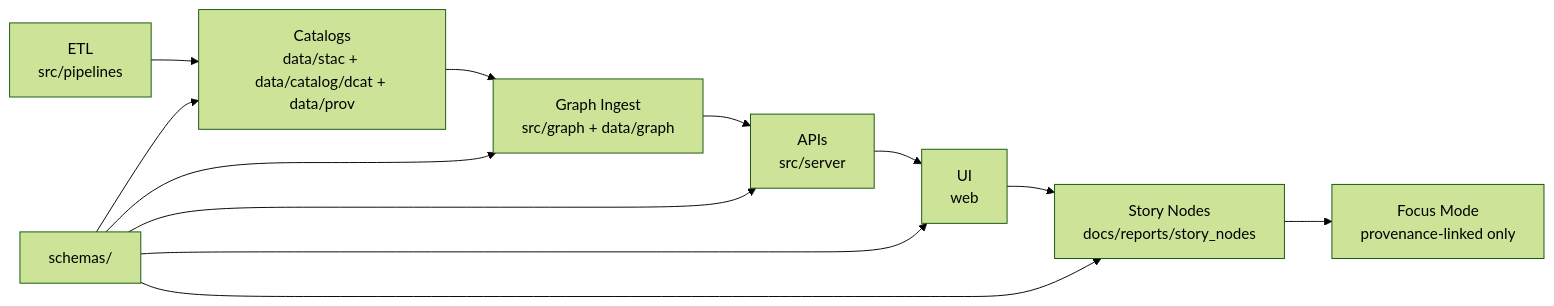
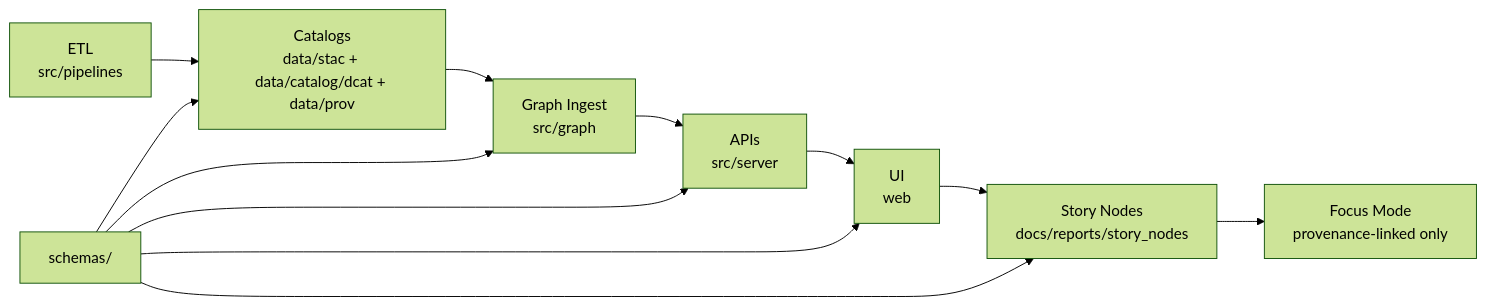
Before and after one commit to bartytime4life/Kansas-Frontier-Matrix: the first of 2 diagrams in schemas/README.md, drawn with Mermaid (forest theme). The commit also changed other lines of this file, not shown here.

```diff
--- a/schemas/README.md
+++ b/schemas/README.md
@@ -245,15 +256,15 @@
 ~~~mermaid
 flowchart LR
   A[ETL<br/>src/pipelines] --> B[Catalogs<br/>data/stac + data/catalog/dcat + data/prov]
-  B --> C[Graph Ingest<br/>src/graph + data/graph]
+  B --> C[Graph Ingest<br/>src/graph]
   C --> D[APIs<br/>src/server]
   D --> E[UI<br/>web]
   E --> F[Story Nodes<br/>docs/reports/story_nodes]
   F --> G[Focus Mode<br/>provenance-linked only]
 
   S[schemas/] --> B
   S --> C
   S --> D
   S --> E
   S --> F
 ~~~
```
